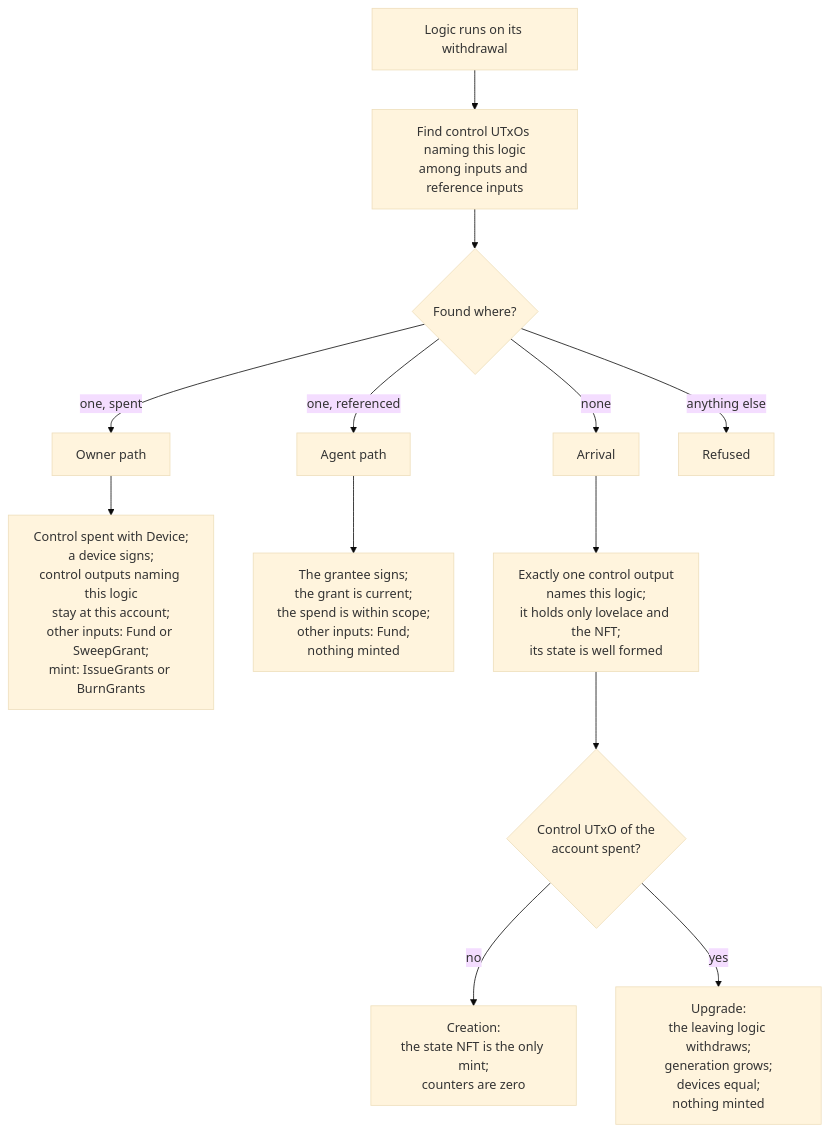
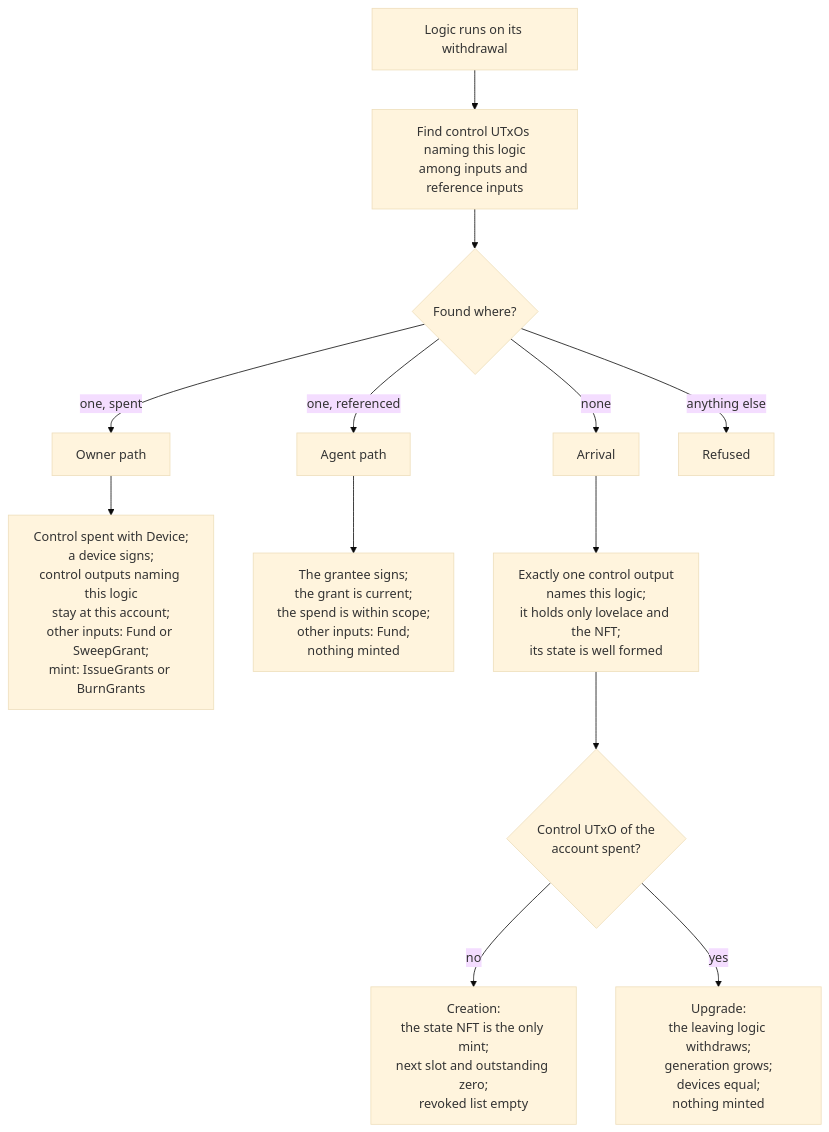
One commit to Biglup/cardano-account-custody-contract changed the diagram in docs/architecture.md. Above: the diagram before and after it, drawn with Mermaid (base theme). The commit also changed other lines of this file and 7 other files, not shown here.

````diff
--- a/docs/architecture.md
+++ b/docs/architecture.md
@@ -146,15 +151,15 @@
 ```mermaid
 flowchart TD
     run["Logic runs on its withdrawal"] --> find["Find control UTxOs naming this logic<br/>among inputs and reference inputs"]
     find --> where{"Found where?"}
     where -- "one, spent" --> owner["Owner path"]
     where -- "one, referenced" --> agent["Agent path"]
     where -- "none" --> arrival["Arrival"]
     where -- "anything else" --> refused["Refused"]
     owner --> ownerChecks["Control spent with Device;<br/>a device signs;<br/>control outputs naming this logic<br/>stay at this account;<br/>other inputs: Fund or SweepGrant;<br/>mint: IssueGrants or BurnGrants"]
     agent --> agentChecks["The grantee signs;<br/>the grant is current;<br/>the spend is within scope;<br/>other inputs: Fund;<br/>nothing minted"]
     arrival --> arrivalOutput["Exactly one control output<br/>names this logic;<br/>it holds only lovelace and the NFT;<br/>its state is well formed"]
     arrivalOutput --> spent{"Control UTxO of the<br/>account spent?"}
-    spent -- "no" --> creation["Creation:<br/>the state NFT is the only mint;<br/>counters are zero"]
+    spent -- "no" --> creation["Creation:<br/>the state NFT is the only mint;<br/>next slot and outstanding zero;<br/>revoked list empty"]
     spent -- "yes" --> upgrade["Upgrade:<br/>the leaving logic withdraws;<br/>generation grows;<br/>devices equal;<br/>nothing minted"]
 ```
````
